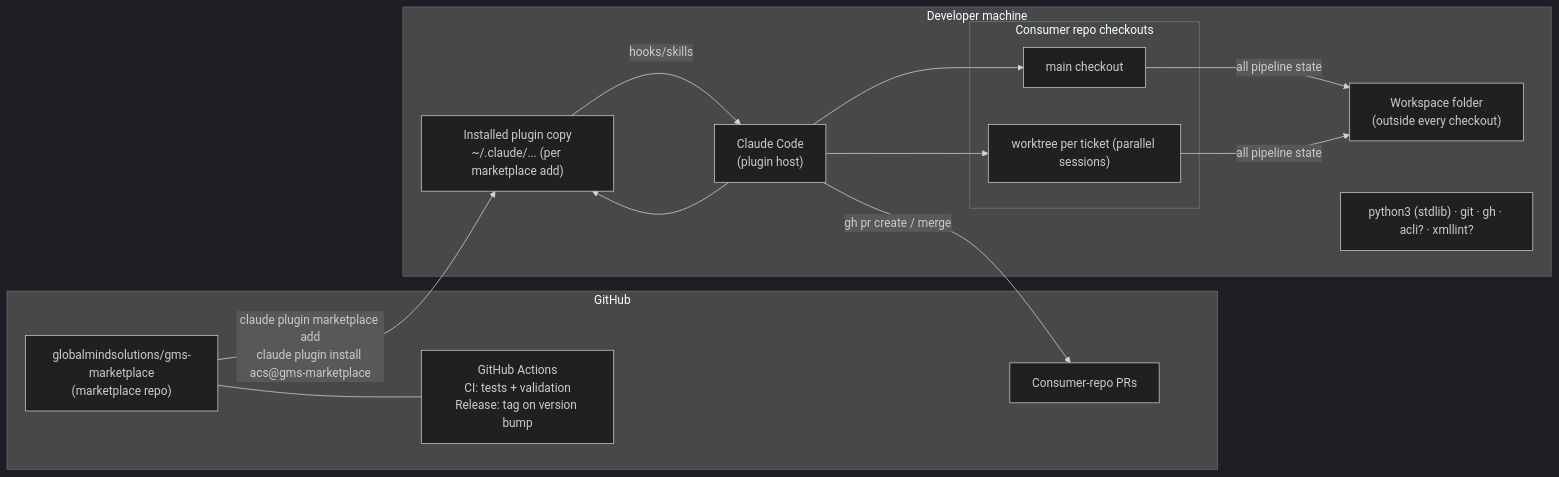
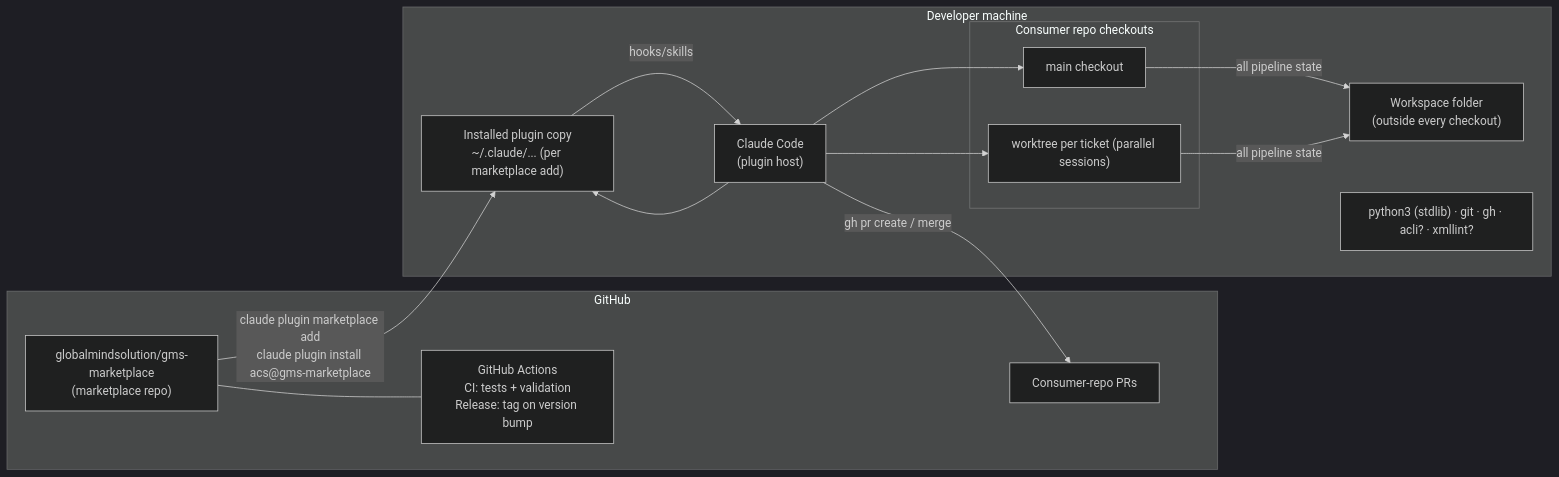
Before and after one commit to globalmindsolution/gms-marketplace: the diagram in docs/architecture/hld/deployment.md, drawn with Mermaid (dark theme). The commit also changed 22 other files, not shown here.

First line of the commit message:
chore: rename GitHub org globalmindsolutions to globalmindsolution (#42)

````diff
--- a/docs/architecture/hld/deployment.md
+++ b/docs/architecture/hld/deployment.md
@@ -3,27 +3,27 @@
 ```mermaid
 flowchart LR
     subgraph github["GitHub"]
-        MR["globalmindsolutions/gms-marketplace<br/>(marketplace repo)"]
+        MR["globalmindsolution/gms-marketplace<br/>(marketplace repo)"]
         ACT["GitHub Actions<br/>CI: tests + validation<br/>Release: tag on version bump"]
         PRS["Consumer-repo PRs"]
     end
 
     subgraph machine["Developer machine"]
         CC["Claude Code<br/>(plugin host)"]
         PI["Installed plugin copy<br/>~/.claude/... (per marketplace add)"]
         subgraph checkouts["Consumer repo checkouts"]
             CO1["main checkout"]
             CO2["worktree per ticket (parallel sessions)"]
         end
         WS["Workspace folder<br/>(outside every checkout)"]
         PY["python3 (stdlib) · git · gh · acli? · xmllint?"]
     end
 
     MR -- "claude plugin marketplace add<br/>claude plugin install acs@gms-marketplace" --> PI
     MR --- ACT
     CC --> PI
     PI -- hooks/skills --> CC
     CC --> CO1 & CO2
     CO1 & CO2 -- "all pipeline state" --> WS
     CC -- "gh pr create / merge" --> PRS
 ```
````
